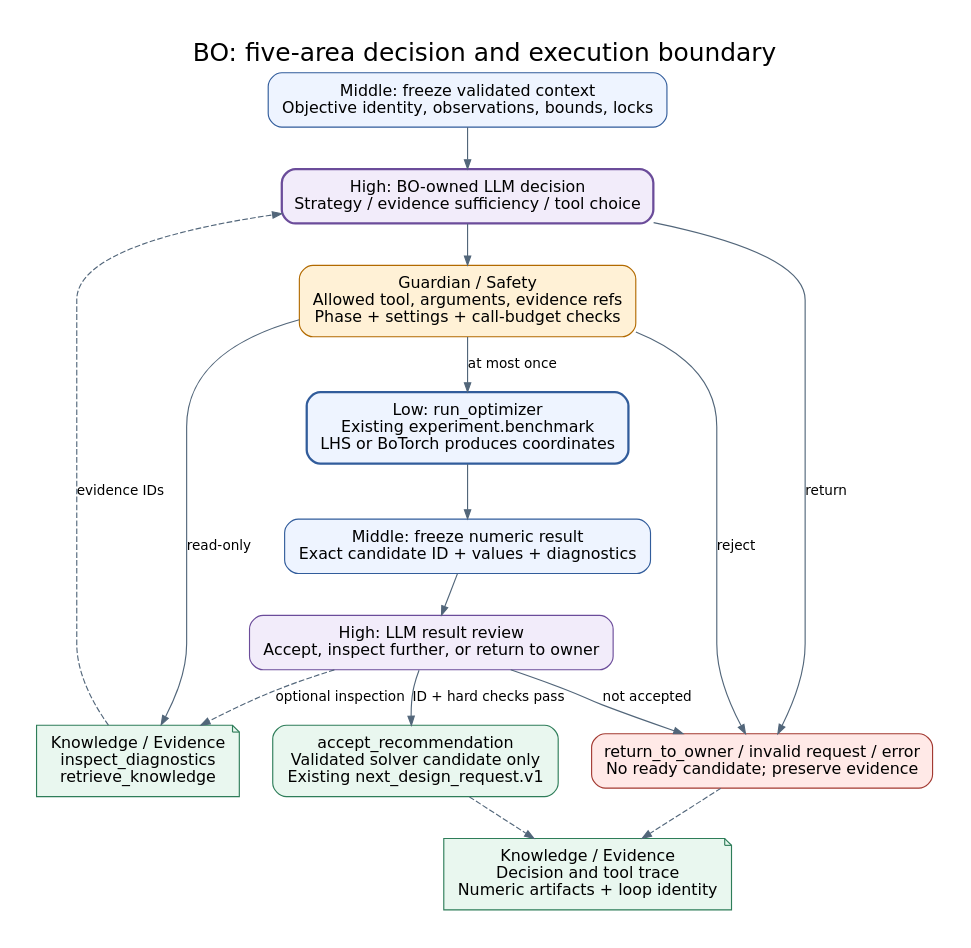
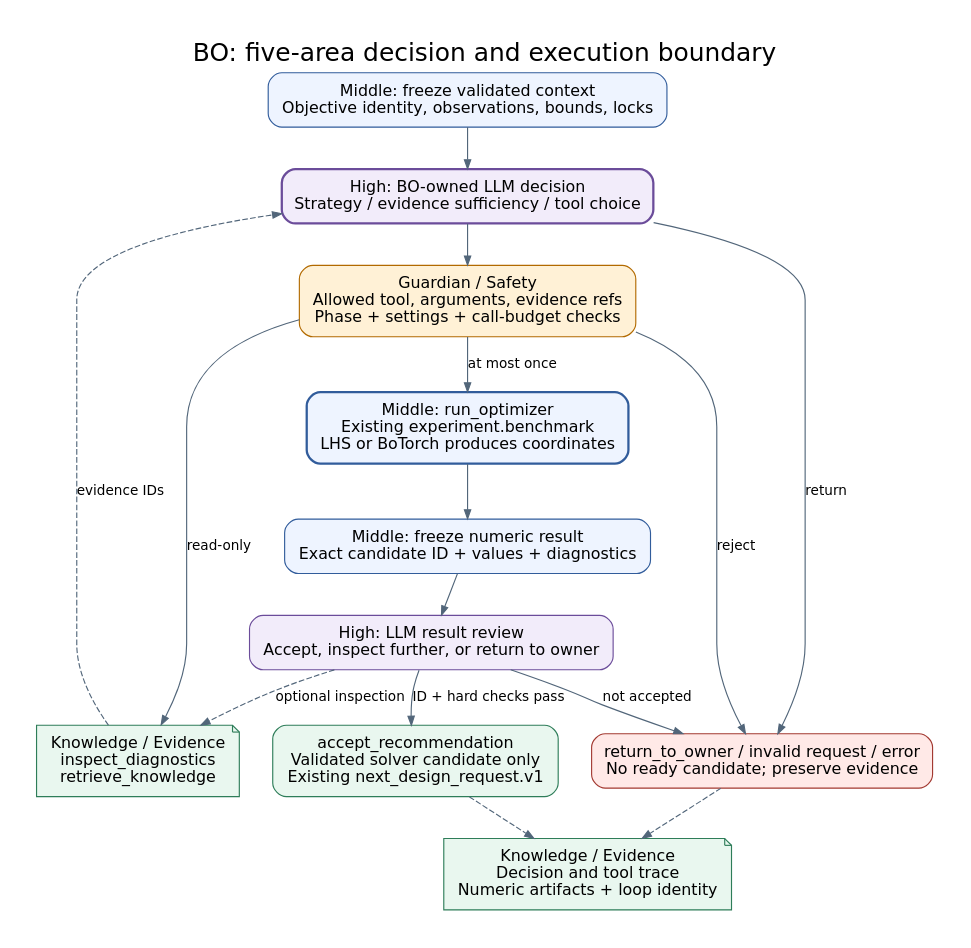
The diagram in docs/agents/assets/figures/bo_02_execution_effect_boundary.dot (JIN9811/autonomous_researcher), drawn with Graphviz before and after one commit. The commit also changed 123 other files, not shown here.

```diff
--- a/docs/agents/assets/figures/bo_02_execution_effect_boundary.dot
+++ b/docs/agents/assets/figures/bo_02_execution_effect_boundary.dot
@@ -1,27 +1,27 @@
 digraph bo_execution_effect_boundary {
   graph [rankdir=TB, bgcolor="#FFFFFF", pad="0.35", nodesep="0.40", ranksep="0.50", fontname="DejaVu Sans", label="BO: five-area decision and execution boundary", labelloc="t", fontsize=22];
   node [shape=box, style="rounded,filled", fillcolor="#EEF4FF", color="#315C9B", fontname="DejaVu Sans", fontsize=14, margin="0.18,0.12"];
   edge [color="#52667A", fontname="DejaVu Sans", fontsize=12, arrowsize=0.8];
   intake [label="Middle: freeze validated context\nObjective identity, observations, bounds, locks"];
   high [label="High: BO-owned LLM decision\nStrategy / evidence sufficiency / tool choice", fillcolor="#F2ECFA", color="#6B4C9A", penwidth=2];
   gate [label="Guardian / Safety\nAllowed tool, arguments, evidence refs\nPhase + settings + call-budget checks", fillcolor="#FFF1D6", color="#B26A00"];
   inspect [label="Knowledge / Evidence\ninspect_diagnostics\nretrieve_knowledge", shape=note, fillcolor="#E9F7EF", color="#2E7D59"];
-  optimize [label="Low: run_optimizer\nExisting experiment.benchmark\nLHS or BoTorch produces coordinates", penwidth=2];
+  optimize [label="Middle: run_optimizer\nExisting experiment.benchmark\nLHS or BoTorch produces coordinates", penwidth=2];
   result [label="Middle: freeze numeric result\nExact candidate ID + values + diagnostics"];
   review [label="High: LLM result review\nAccept, inspect further, or return to owner", fillcolor="#F2ECFA", color="#6B4C9A"];
   accept [label="accept_recommendation\nValidated solver candidate only\nExisting next_design_request.v1", fillcolor="#E9F7EF", color="#2E7D59"];
   hold [label="return_to_owner / invalid request / error\nNo ready candidate; preserve evidence", fillcolor="#FFE9E7", color="#A33A32"];
   archive [label="Knowledge / Evidence\nDecision and tool trace\nNumeric artifacts + loop identity", shape=note, fillcolor="#E9F7EF", color="#2E7D59"];
   intake -> high -> gate;
   gate -> inspect [label="read-only"];
   inspect -> high [label="evidence IDs", style=dashed];
   gate -> optimize [label="at most once"];
   optimize -> result -> review;
   review -> inspect [label="optional inspection", style=dashed];
   review -> accept [label="ID + hard checks pass"];
   high -> hold [label="return"];
   gate -> hold [label="reject"];
   review -> hold [label="not accepted"];
   accept -> archive [style=dashed];
   hold -> archive [style=dashed];
 }
```
